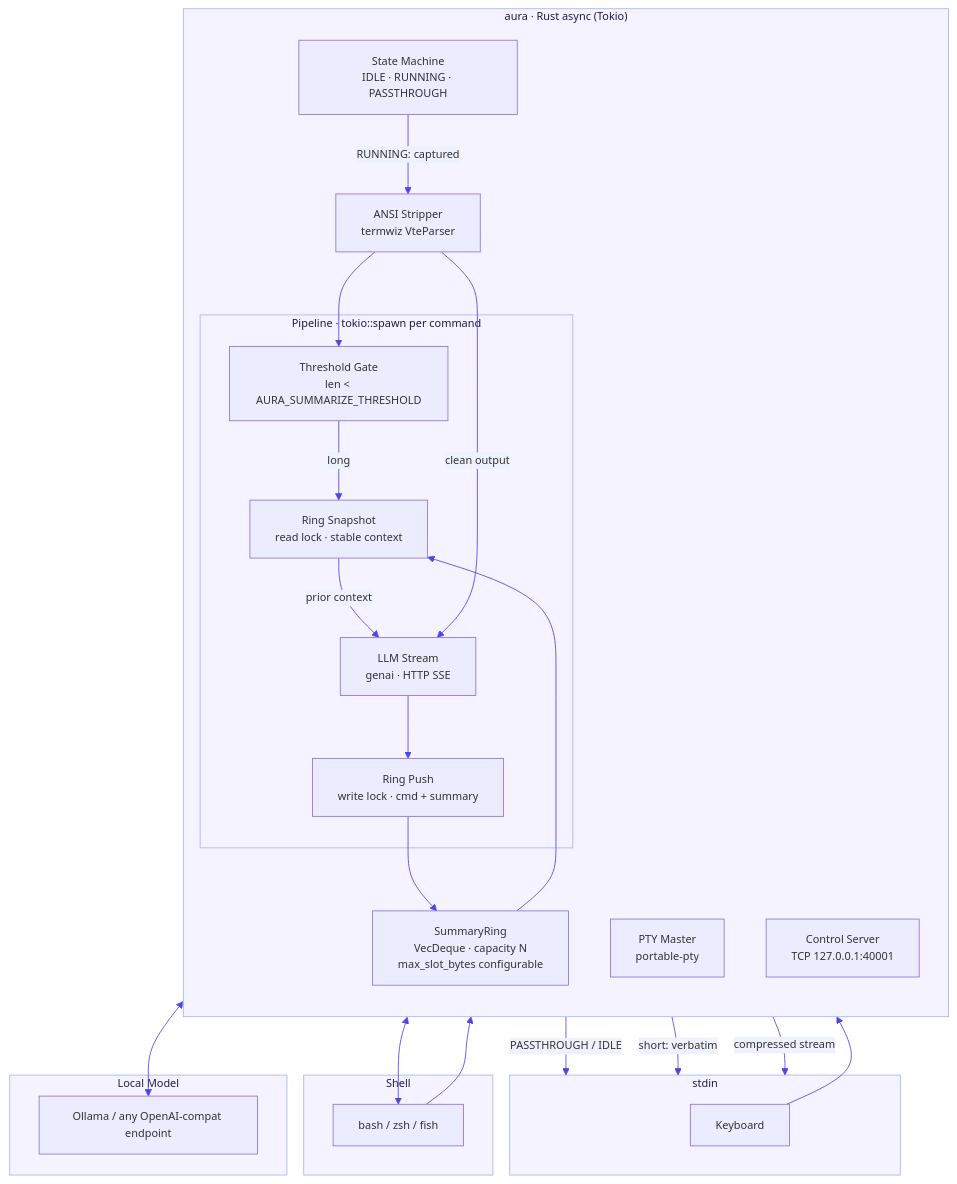
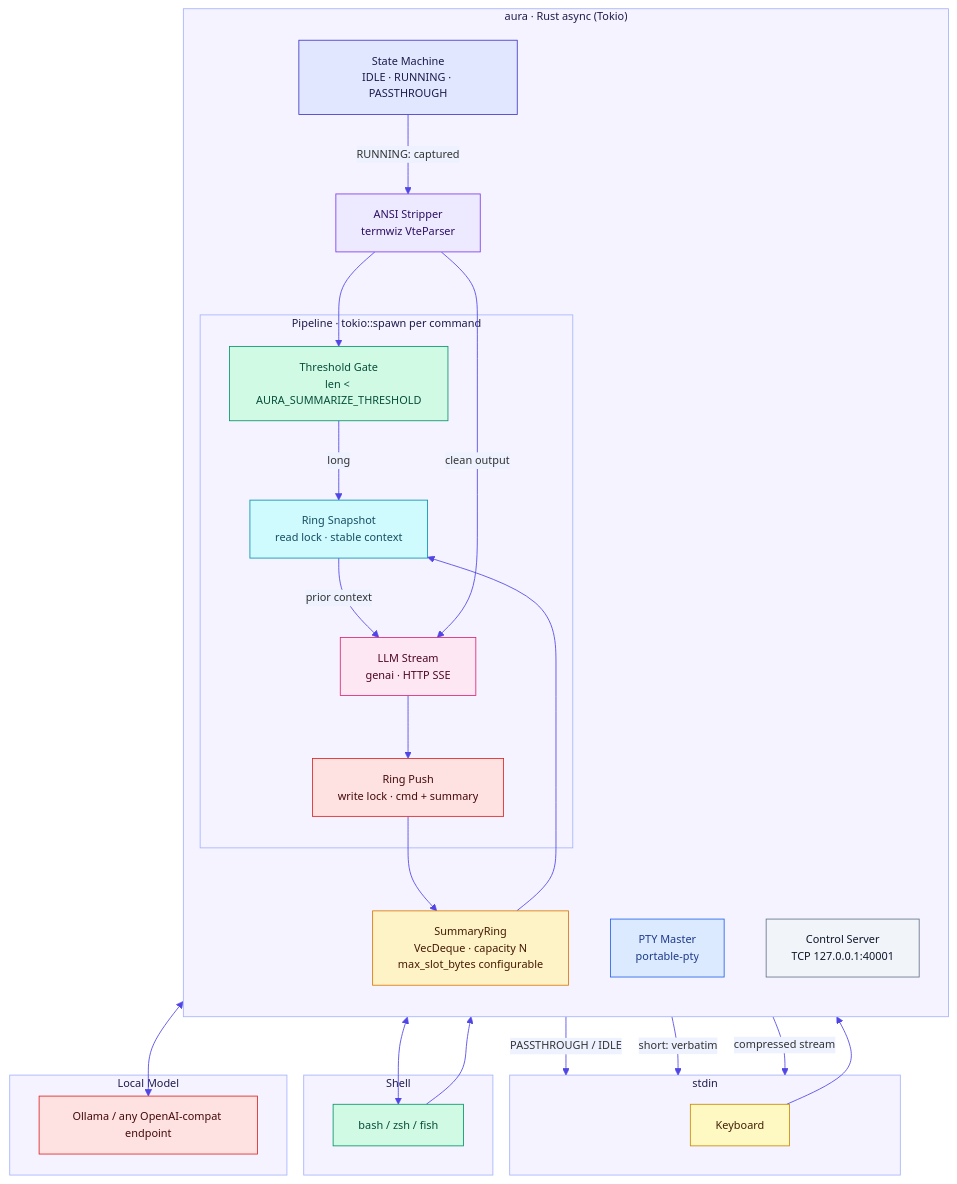
Before and after one commit to thimbleberrysystems/aura: the second of 2 diagrams in README.md, drawn with Mermaid.

Commit message:
docs: multi-color technical diagram nodes

````diff
--- a/README.md
+++ b/README.md
@@ -137,48 +137,74 @@
 ```mermaid
 %%{init: {'theme': 'default', 'themeVariables': {'primaryColor': '#EEF2FF', 'primaryTextColor': '#1E1B4B', 'primaryBorderColor': '#6366F1', 'lineColor': '#4F46E5', 'secondaryColor': '#F5F3FF', 'tertiaryColor': '#FAFAFA', 'clusterBkg': '#F5F3FF', 'clusterBorder': '#A5B4FC', 'titleColor': '#1E1B4B', 'edgeLabelBackground': '#EEF2FF', 'fontSize': '13px'}}}%%
 flowchart TD
     subgraph USER["stdin"]
         KBD["Keyboard"]
     end
 
     subgraph DAEMON["aura  ·  Rust async (Tokio)"]
         direction TB
         PTY["PTY Master\nportable-pty"]
         SM["State Machine\nIDLE · RUNNING · PASSTHROUGH"]
         STRIP2["ANSI Stripper\ntermwiz VteParser"]
 
         subgraph PIPELINE["Pipeline  ·  tokio::spawn per command"]
             GATE["Threshold Gate\nlen < AURA_SUMMARIZE_THRESHOLD"]
             SNAP["Ring Snapshot\nread lock · stable context"]
             CALL["LLM Stream\ngenai · HTTP SSE"]
             PUSH["Ring Push\nwrite lock · cmd + summary"]
         end
 
         RING2["SummaryRing\nVecDeque · capacity N\nmax_slot_bytes configurable"]
         CTRL["Control Server\nTCP 127.0.0.1:40001"]
     end
 
     subgraph SHELL2["Shell"]
         SH["bash / zsh / fish"]
     end
 
     subgraph MODEL["Local Model"]
         OLLAMA2["Ollama / any OpenAI-compat endpoint"]
     end
 
     KBD --> PTY
     PTY <--> SH
     SH --> SM
     SM -->|PASSTHROUGH / IDLE| USER
     SM -->|RUNNING: captured| STRIP2
     STRIP2 --> GATE
     GATE -->|short: verbatim| USER
     GATE -->|long| SNAP
     SNAP -->|prior context| CALL
     STRIP2 -->|clean output| CALL
     CALL <--> OLLAMA2
     CALL -->|compressed stream| USER
     CALL --> PUSH
     PUSH --> RING2
     RING2 --> SNAP
+
+    classDef inputCls  fill:#FEF9C3,stroke:#CA8A04,color:#422006
+    classDef ptyCls    fill:#DBEAFE,stroke:#2563EB,color:#1E3A8A
+    classDef smCls     fill:#E0E7FF,stroke:#4338CA,color:#1E1B4B
+    classDef stripCls  fill:#EDE9FE,stroke:#7C3AED,color:#2E1065
+    classDef gateCls   fill:#D1FAE5,stroke:#059669,color:#064E3B
+    classDef snapCls   fill:#CFFAFE,stroke:#0891B2,color:#164E63
+    classDef callCls   fill:#FCE7F3,stroke:#DB2777,color:#500724
+    classDef pushCls   fill:#FEE2E2,stroke:#DC2626,color:#450A0A
+    classDef ringCls   fill:#FEF3C7,stroke:#D97706,color:#451A03
+    classDef ctrlCls   fill:#F1F5F9,stroke:#64748B,color:#0F172A
+    classDef shellCls  fill:#D1FAE5,stroke:#059669,color:#064E3B
+    classDef modelCls  fill:#FEE2E2,stroke:#DC2626,color:#450A0A
+
+    class KBD inputCls
+    class PTY ptyCls
+    class SM smCls
+    class STRIP2 stripCls
+    class GATE gateCls
+    class SNAP snapCls
+    class CALL callCls
+    class PUSH pushCls
+    class RING2 ringCls
+    class CTRL ctrlCls
+    class SH shellCls
+    class OLLAMA2 modelCls
 ```
````
